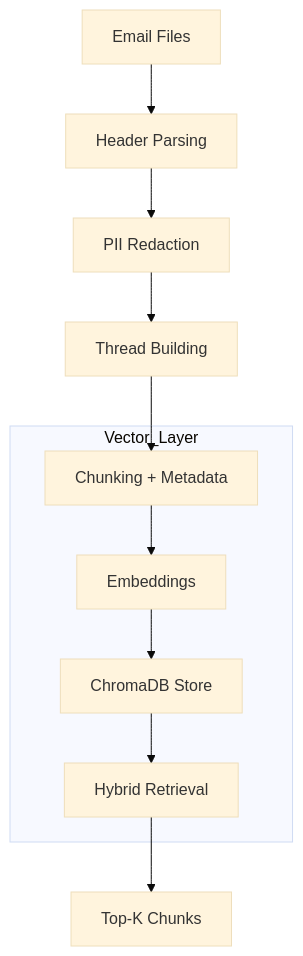
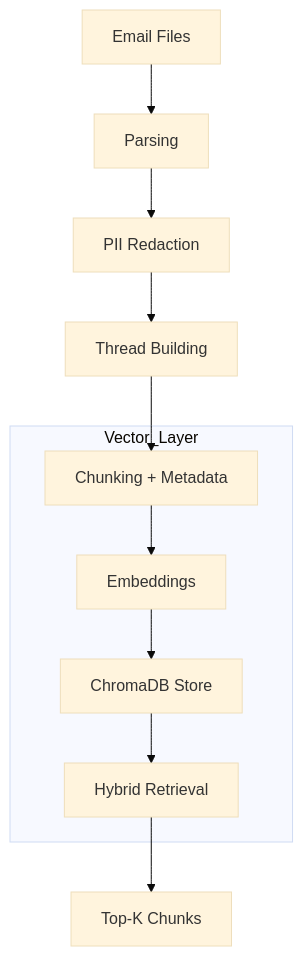
One commit to ZeleMate/Multi-agent-Risk-Reporter-PoC changed the first of 6 diagrams in BLUEPRINT.md. Above: the diagram before and after it, drawn with Mermaid (base theme).

Commit message:
fixed mermaid graph

````diff
--- a/BLUEPRINT.md
+++ b/BLUEPRINT.md
@@ -11,15 +11,15 @@
 ```mermaid
 graph TD
-    A[Email Files] --> B[Header Parsing]
+    A[Email Files] --> B[Parsing]
     B --> C[PII Redaction]
     C --> D[Thread Building]
     D --> E[Chunking + Metadata]
 
     subgraph Vector_Layer
         E --> F[Embeddings]
         F --> G[ChromaDB Store]
         G --> H[Hybrid Retrieval]
     end
 
     H --> I[Top-K Chunks]
 ```
````
